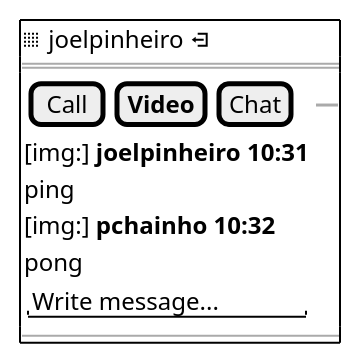
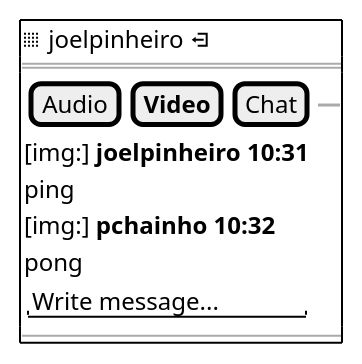
Before and after one commit to reTHINK-project/scenario-service-implementation: the diagram in docs/applications/mobile-smart-contextual-assistance/smart-gui-chat.puml, drawn with PlantUML.

```diff
--- a/docs/applications/mobile-smart-contextual-assistance/smart-gui-chat.puml
+++ b/docs/applications/mobile-smart-contextual-assistance/smart-gui-chat.puml
@@ -1,16 +1,16 @@
 @startsalt
 {+
   <&grid-four-up> joelpinheiro <&account-logout>
   ==
   {
-  {[Call] | [<b>Video] | [Chat]} 
+  {[Audio] | [<b>Video] | [Chat]} 
   ~~
   [img:] <b>joelpinheiro 10:31
   ping
   [img:] <b>pchainho 10:32
   pong
   { "Write message... "}
   }
   --
 }
 @endsalt
```
